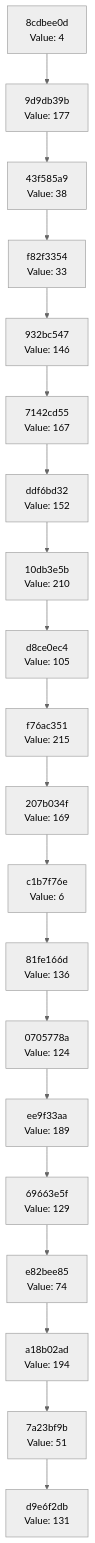
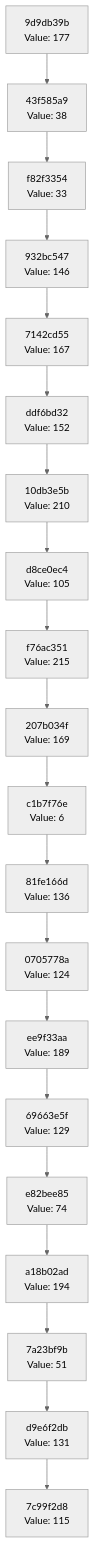
Before and after one commit to Abhisheksinha1506/hash-chain-evolver: the diagram in docs/CHAIN_VISUALIZATION.md, drawn with Mermaid (neutral theme). The commit also changed 2 other files, not shown here.

Commit message:
Evolution step: hash 0x73 → action executed

````diff
--- a/docs/CHAIN_VISUALIZATION.md
+++ b/docs/CHAIN_VISUALIZATION.md
@@ -3,42 +3,42 @@
 ```mermaid
 graph TD
-    C0["d9e6f2db<br/>Value: 131"]
-    C1["7a23bf9b<br/>Value: 51"]
+    C0["7c99f2d8<br/>Value: 115"]
+    C1["d9e6f2db<br/>Value: 131"]
     C1 --> C0
-    C2["a18b02ad<br/>Value: 194"]
+    C2["7a23bf9b<br/>Value: 51"]
     C2 --> C1
-    C3["e82bee85<br/>Value: 74"]
+    C3["a18b02ad<br/>Value: 194"]
     C3 --> C2
-    C4["69663e5f<br/>Value: 129"]
+    C4["e82bee85<br/>Value: 74"]
     C4 --> C3
-    C5["ee9f33aa<br/>Value: 189"]
+    C5["69663e5f<br/>Value: 129"]
     C5 --> C4
-    C6["0705778a<br/>Value: 124"]
+    C6["ee9f33aa<br/>Value: 189"]
     C6 --> C5
-    C7["81fe166d<br/>Value: 136"]
+    C7["0705778a<br/>Value: 124"]
     C7 --> C6
-    C8["c1b7f76e<br/>Value: 6"]
+    C8["81fe166d<br/>Value: 136"]
     C8 --> C7
-    C9["207b034f<br/>Value: 169"]
+    C9["c1b7f76e<br/>Value: 6"]
     C9 --> C8
-    C10["f76ac351<br/>Value: 215"]
+    C10["207b034f<br/>Value: 169"]
     C10 --> C9
-    C11["d8ce0ec4<br/>Value: 105"]
+    C11["f76ac351<br/>Value: 215"]
     C11 --> C10
-    C12["10db3e5b<br/>Value: 210"]
+    C12["d8ce0ec4<br/>Value: 105"]
     C12 --> C11
-    C13["ddf6bd32<br/>Value: 152"]
+    C13["10db3e5b<br/>Value: 210"]
     C13 --> C12
-    C14["7142cd55<br/>Value: 167"]
+    C14["ddf6bd32<br/>Value: 152"]
     C14 --> C13
-    C15["932bc547<br/>Value: 146"]
+    C15["7142cd55<br/>Value: 167"]
     C15 --> C14
-    C16["f82f3354<br/>Value: 33"]
+    C16["932bc547<br/>Value: 146"]
     C16 --> C15
-    C17["43f585a9<br/>Value: 38"]
+    C17["f82f3354<br/>Value: 33"]
     C17 --> C16
-    C18["9d9db39b<br/>Value: 177"]
+    C18["43f585a9<br/>Value: 38"]
     C18 --> C17
-    C19["8cdbee0d<br/>Value: 4"]
+    C19["9d9db39b<br/>Value: 177"]
     C19 --> C18
 ```
````
